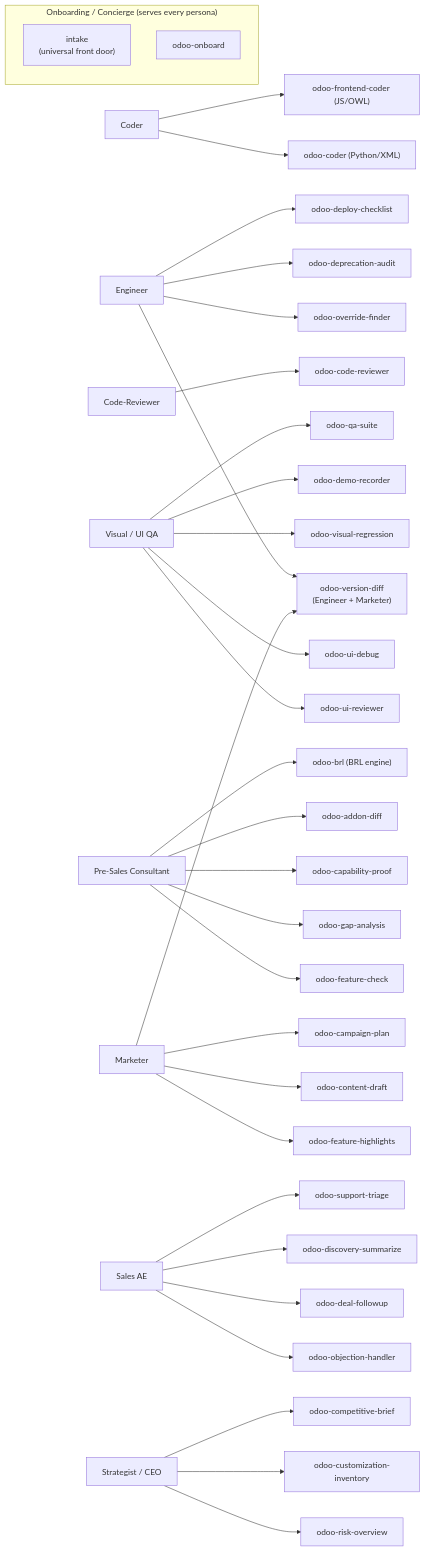
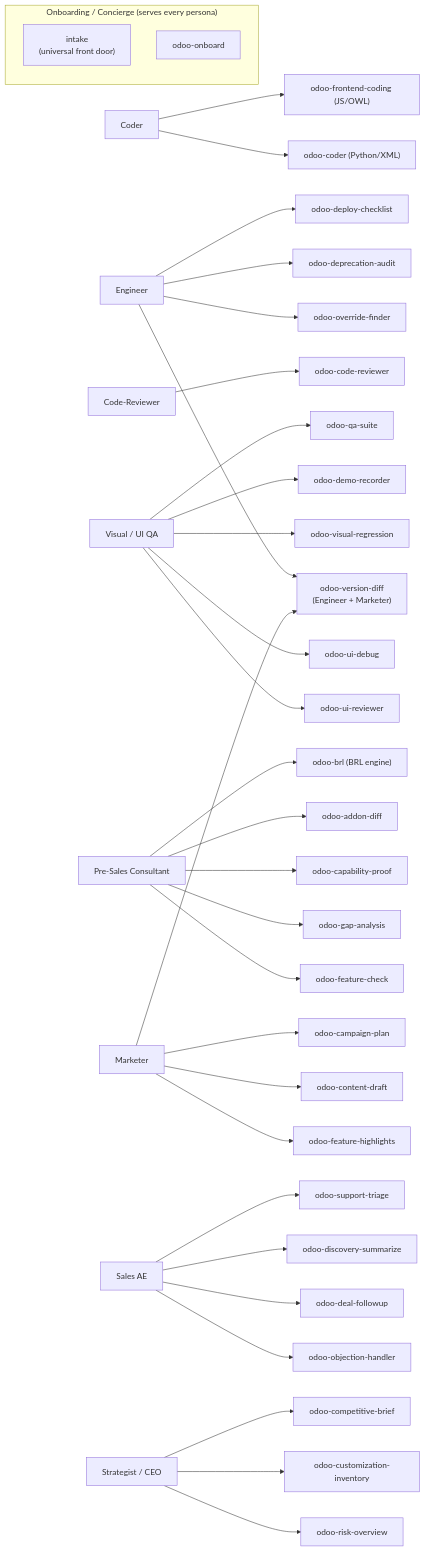
Before and after one commit to Viindoo/odoo-mcp-client: the second of 5 diagrams in README.md, drawn with Mermaid. The commit also changed other lines of this file and 40 other files, not shown here.

First line of the commit message:
refactor(odoo-semantic-skills): split odoo-frontend-coder into skill+agent bundle (#43)

````diff
--- a/README.md
+++ b/README.md
@@ -72,45 +72,45 @@
 ```mermaid
 flowchart LR
     subgraph concierge["Onboarding / Concierge (serves every persona)"]
         intake_skill["intake<br/>(universal front door)"]
         onboard["odoo-onboard"]
     end
 
     eng["Engineer"] --> override["odoo-override-finder"]
     eng --> deprecation["odoo-deprecation-audit"]
     eng --> deploy["odoo-deploy-checklist"]
 
     coder["Coder"] --> coderpy["odoo-coder (Python/XML)"]
-    coder --> coderfe["odoo-frontend-coder (JS/OWL)"]
+    coder --> coderfe["odoo-frontend-coding (JS/OWL)"]
 
     rev["Code-Reviewer"] --> reviewer["odoo-code-reviewer"]
 
     qa["Visual / UI QA"] --> uirev["odoo-ui-reviewer"]
     qa --> uidbg["odoo-ui-debug"]
     qa --> visreg["odoo-visual-regression"]
     qa --> demo["odoo-demo-recorder"]
     qa --> qasuite["odoo-qa-suite"]
 
     presales["Pre-Sales Consultant"] --> featchk["odoo-feature-check"]
     presales --> gap["odoo-gap-analysis"]
     presales --> cap["odoo-capability-proof"]
     presales --> addon["odoo-addon-diff"]
     presales --> brl["odoo-brl (BRL engine)"]
 
     sales["Sales AE"] --> obj["odoo-objection-handler"]
     sales --> followup["odoo-deal-followup"]
     sales --> disc["odoo-discovery-summarize"]
     sales --> support["odoo-support-triage"]
 
     mkt["Marketer"] --> highlights["odoo-feature-highlights"]
     mkt --> content["odoo-content-draft"]
     mkt --> campaign["odoo-campaign-plan"]
 
     strat["Strategist / CEO"] --> risk["odoo-risk-overview"]
     strat --> inv["odoo-customization-inventory"]
     strat --> comp["odoo-competitive-brief"]
 
     vdiff["odoo-version-diff<br/>(Engineer + Marketer)"]
     eng --> vdiff
     mkt --> vdiff
 ```
````
